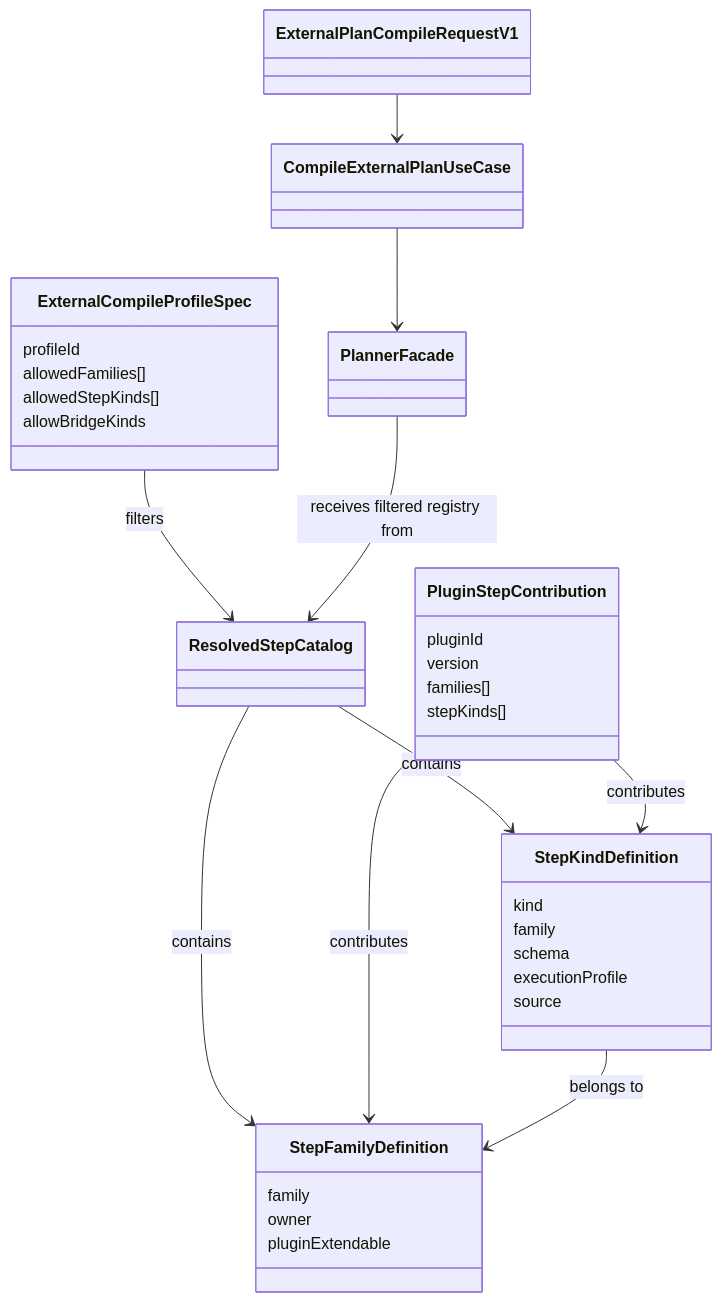
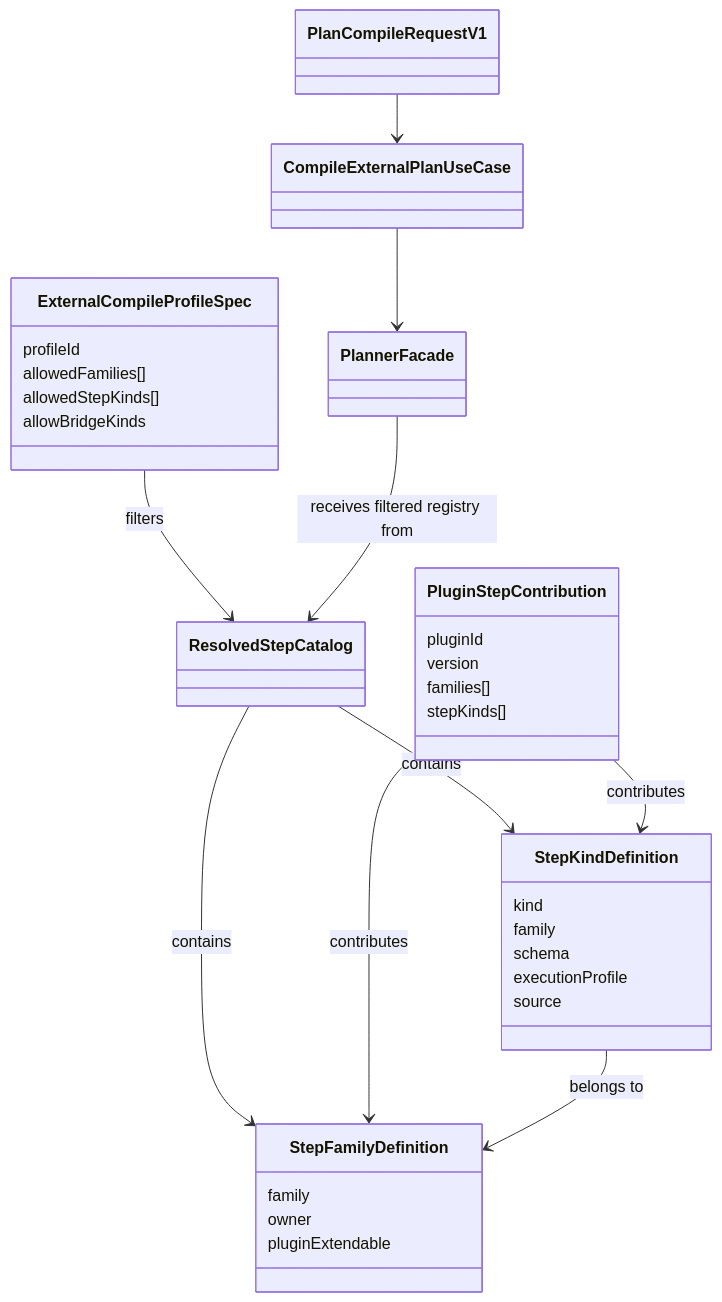
Before and after one commit to dunay2/dvt: the first of 4 diagrams in docs/guides/external-compile-catalog-extension-technical-manual-20260417.md, drawn with Mermaid. The commit also changed 54 other files, not shown here.

Commit message:
refactor(api): Split plan route and compile boundary seams

````diff
--- a/docs/guides/external-compile-catalog-extension-technical-manual-20260417.md
+++ b/docs/guides/external-compile-catalog-extension-technical-manual-20260417.md
@@ -102,41 +102,41 @@
 ```mermaid
 classDiagram
-  class ExternalPlanCompileRequestV1
+  class PlanCompileRequestV1
   class CompileExternalPlanUseCase
   class ExternalCompileProfileSpec {
     profileId
     allowedFamilies[]
     allowedStepKinds[]
     allowBridgeKinds
   }
   class ResolvedStepCatalog
   class StepFamilyDefinition {
     family
     owner
     pluginExtendable
   }
   class StepKindDefinition {
     kind
     family
     schema
     executionProfile
     source
   }
   class PluginStepContribution {
     pluginId
     version
     families[]
     stepKinds[]
   }
   class PlannerFacade
 
-  ExternalPlanCompileRequestV1 --> CompileExternalPlanUseCase
+  PlanCompileRequestV1 --> CompileExternalPlanUseCase
   CompileExternalPlanUseCase --> PlannerFacade
   ExternalCompileProfileSpec --> ResolvedStepCatalog : filters
   ResolvedStepCatalog --> StepFamilyDefinition : contains
   ResolvedStepCatalog --> StepKindDefinition : contains
   PluginStepContribution --> StepFamilyDefinition : contributes
   PluginStepContribution --> StepKindDefinition : contributes
   StepKindDefinition --> StepFamilyDefinition : belongs to
   PlannerFacade --> ResolvedStepCatalog : receives filtered registry from
 ```
````
